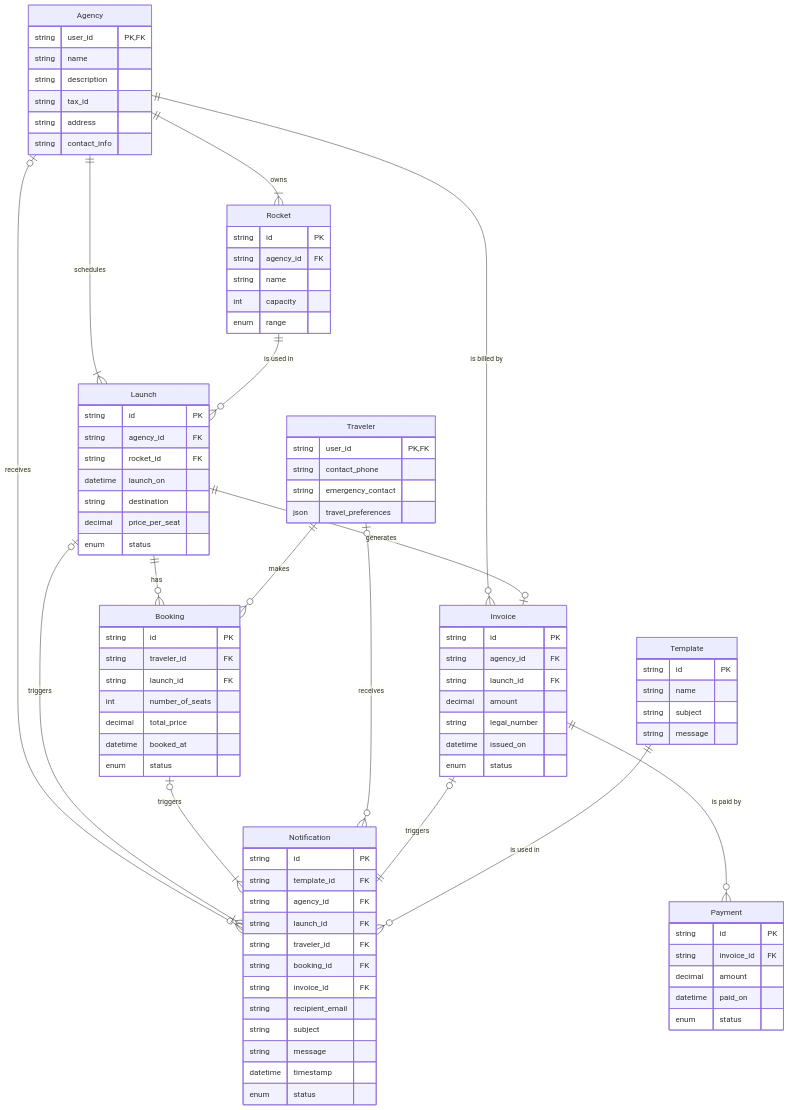
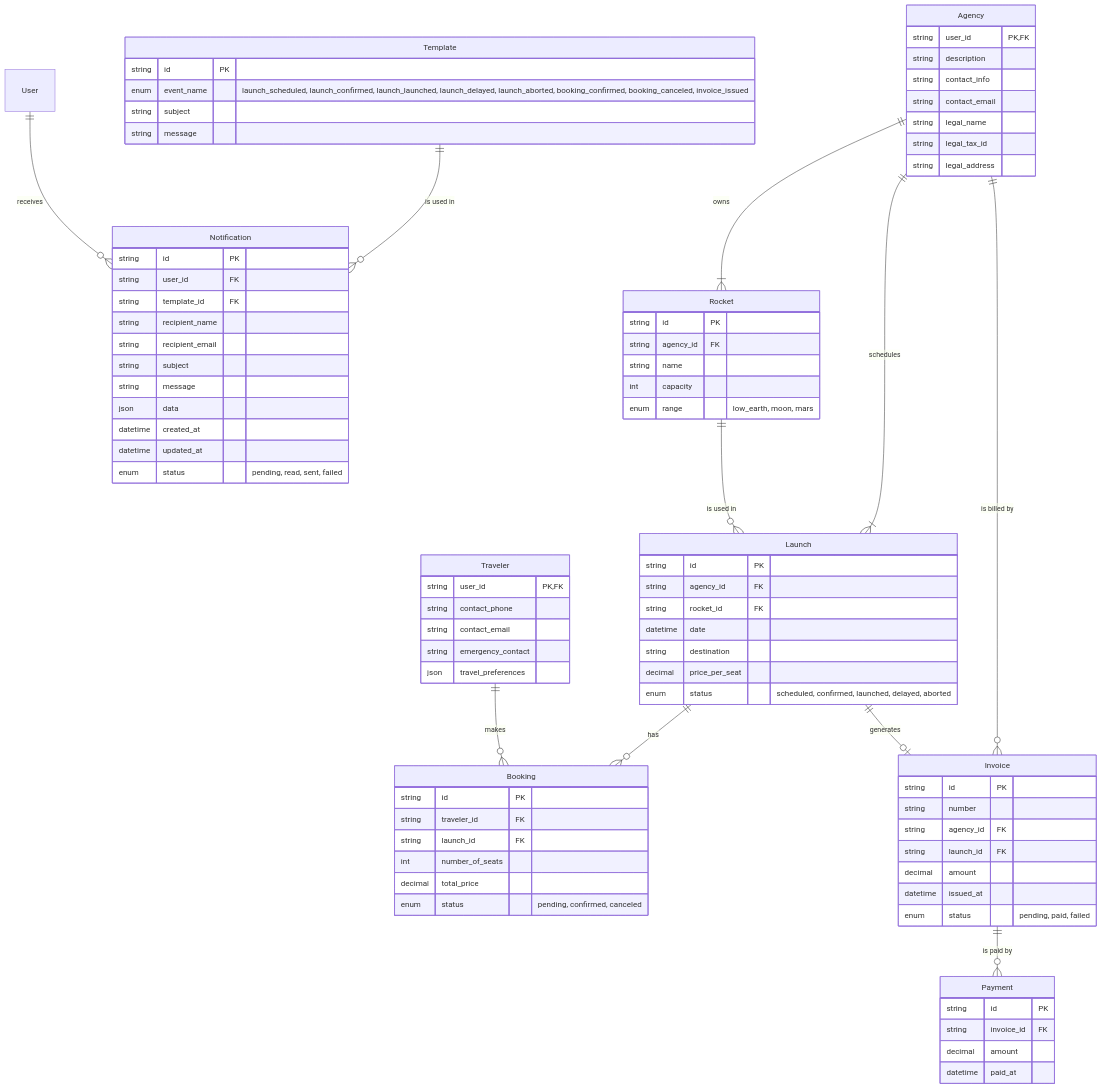
One commit to AstroBookings/.github changed the diagram in profile/3-implementation/5_1-operations.schema.md. Above: the diagram before and after it, drawn with Mermaid. The commit also changed other lines of this file and 1 other file, not shown here.

Commit message:
feat: operations db schema

````diff
--- a/profile/3-implementation/5_1-operations.schema.md
+++ b/profile/3-implementation/5_1-operations.schema.md
@@ -10,17 +10,19 @@
     Traveler {
         string user_id PK,FK
         string contact_phone
+        string contact_email
         string emergency_contact
         json travel_preferences
     }
 
     Agency {
         string user_id PK,FK
-        string name
         string description
-        string tax_id
-        string address
         string contact_info
+        string contact_email
+        string legal_name
+        string legal_tax_id
+        string legal_address
     }
 
     Rocket {
@@ -28,17 +30,17 @@
         string agency_id FK
         string name
         int capacity
-        enum range
+        enum range "low_earth, moon, mars"
     }
 
     Launch {
         string id PK
         string agency_id FK
         string rocket_id FK
-        datetime launch_on
+        datetime date
         string destination
         decimal price_per_seat
-        enum status
+        enum status "scheduled, confirmed, launched, delayed, aborted"
     }
 
     Booking {
@@ -47,46 +49,43 @@
         string launch_id FK
         int number_of_seats
         decimal total_price
-        datetime booked_at
-        enum status
+        enum status "pending, confirmed, canceled"
     }
 
     Invoice {
         string id PK
+        string number
         string agency_id FK
         string launch_id FK
         decimal amount
-        string legal_number
-        datetime issued_on
-        enum status
+        datetime issued_at
+        enum status "pending, paid, failed"
     }
 
     Payment {
         string id PK
         string invoice_id FK
         decimal amount
-        datetime paid_on
-        enum status
+        datetime paid_at
     }
 
     Notification {
         string id PK
+        string user_id FK
         string template_id FK
-        string agency_id FK
-        string launch_id FK
-        string traveler_id FK
-        string booking_id FK
-        string invoice_id FK
+        string recipient_name
         string recipient_email
         string subject
         string message
-        datetime timestamp
-        enum status
+        json data
+        datetime created_at
+        datetime updated_at
+        enum status "pending, read, sent, failed"
     }
 
-    Template {
+     Template {
         string id PK
-        string name
+        enum event_name "launch_scheduled, launch_confirmed, launch_launched, launch_delayed, launch_aborted, booking_confirmed, booking_canceled, invoice_issued"
         string subject
         string message
     }
@@ -94,16 +93,12 @@
     Agency ||--|{ Rocket : owns
     Agency ||--|{ Launch : schedules
     Agency ||--o{ Invoice : "is billed by"
-    Agency o|--o{ Notification : receives
     Rocket ||--o{ Launch : "is used in"
     Launch ||--o{ Booking : has
     Launch ||--o| Invoice : generates
-    Launch o|--|{ Notification : triggers
-    Booking o|--|{ Notification : triggers
     Traveler ||--o{ Booking : makes
-    Traveler o|--o{ Notification : receives
     Invoice ||--o{ Payment : "is paid by"
-    Invoice o|--|| Notification : triggers
+    User ||--o{ Notification : receives
     Template ||--o{ Notification : "is used in"
 
 ```
````
